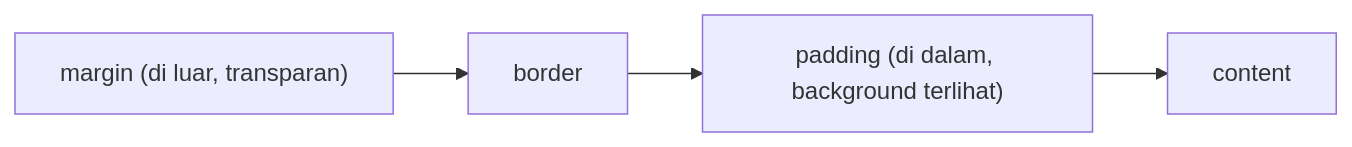
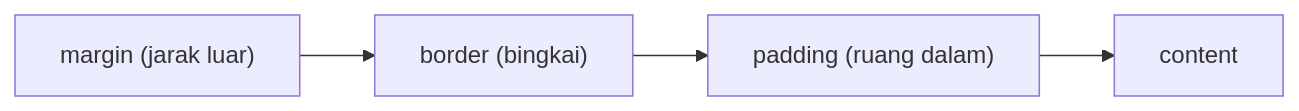
One commit to MuhammadIsmailHasan/fsse-ai-handbook changed the diagram in content/modules/m4/w1/02-css-fundamentals.id.md. Above: the diagram before and after it, drawn with Mermaid. The commit also changed other lines of this file and 5 other files, not shown here.

````diff
--- a/content/modules/m4/w1/02-css-fundamentals.id.md
+++ b/content/modules/m4/w1/02-css-fundamentals.id.md
@@ -69,4 +88,4 @@
 ```mermaid
 flowchart LR
-    M["margin (di luar, transparan)"] --> B["border"] --> P["padding (di dalam, background terlihat)"] --> C["content"]
+    M["margin (jarak luar)"] --> B["border (bingkai)"] --> P["padding (ruang dalam)"] --> C["content"]
 ```
````
